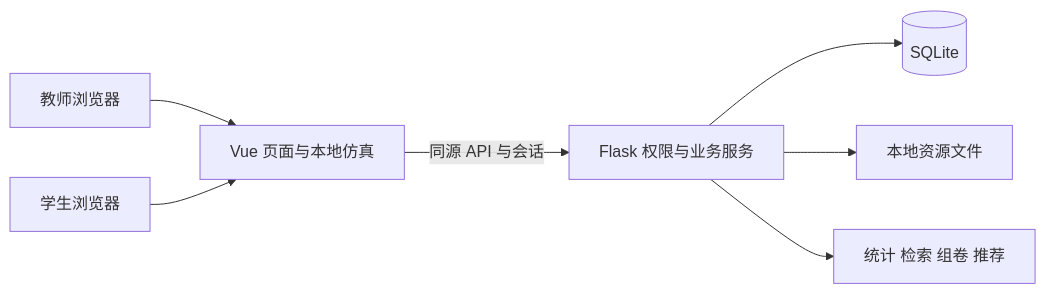
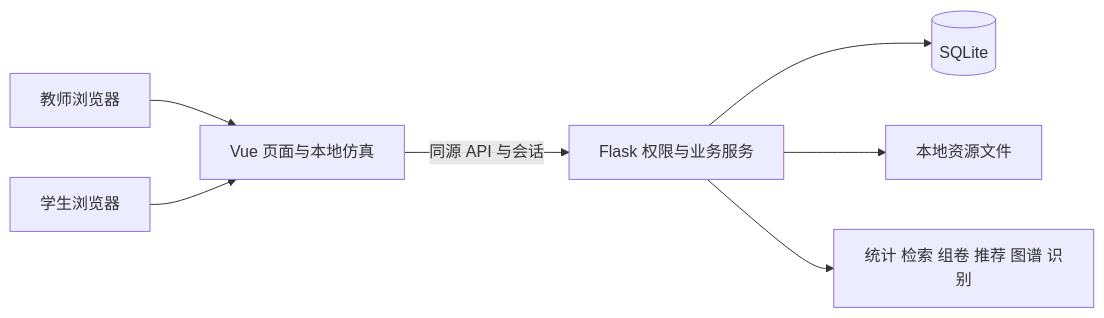
One commit to jzcool666/web-homework changed the diagram in ADR.md. Above: the diagram before and after it, drawn with Mermaid. The commit also changed other lines of this file and 16 other files, not shown here.

First line of the commit message:
docs(scope): 范围校正补齐时序逻辑知识图谱与识别辅助规格

````diff
--- a/ADR.md
+++ b/ADR.md
@@ -11,9 +11,9 @@
 ```mermaid
 flowchart LR
   T[教师浏览器] --> V[Vue 页面与本地仿真]
   S[学生浏览器] --> V
   V -->|同源 API 与会话| F[Flask 权限与业务服务]
   F --> D[(SQLite)]
   F --> U[本地资源文件]
-  F --> A[统计 检索 组卷 推荐]
+  F --> A[统计 检索 组卷 推荐 图谱 识别]
 ```
````
